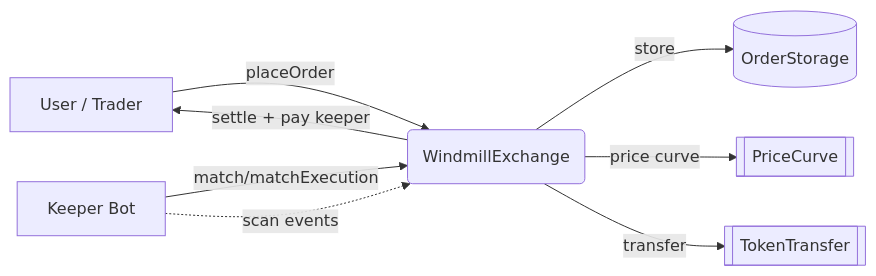
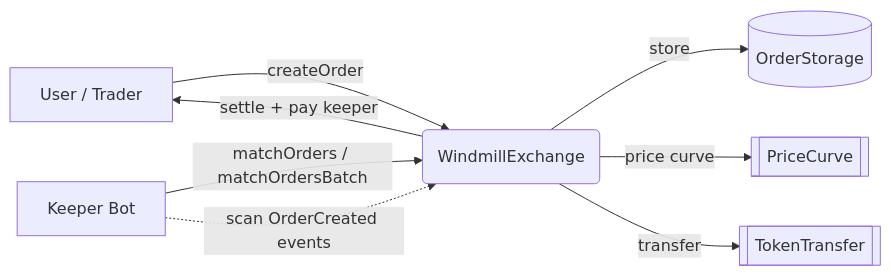
One commit to StabilityNexus/Windmill-EVM-Contracts changed the diagram in README.md. Above: the diagram before and after it, drawn with Mermaid. The commit also changed other lines of this file, not shown here.

First line of the commit message:
docs: fix broken test command and align flowchart with contract ABI

````diff
--- a/README.md
+++ b/README.md
@@ -93,10 +95,10 @@
 ```mermaid
 flowchart LR
-    U[User / Trader] -->|placeOrder| X(WindmillExchange)
-    K[Keeper Bot] -->|match/matchExecution| X
+    U[User / Trader] -->|createOrder| X(WindmillExchange)
+    K[Keeper Bot] -->|matchOrders / matchOrdersBatch| X
     X -->|store| OS[(OrderStorage)]
     X -->|price curve| PC[[PriceCurve]]
     X -->|transfer| TT[[TokenTransfer]]
     X -->|settle + pay keeper| U
-    K -.->|scan events| X
+    K -.->|scan OrderCreated events| X
 ```
````
